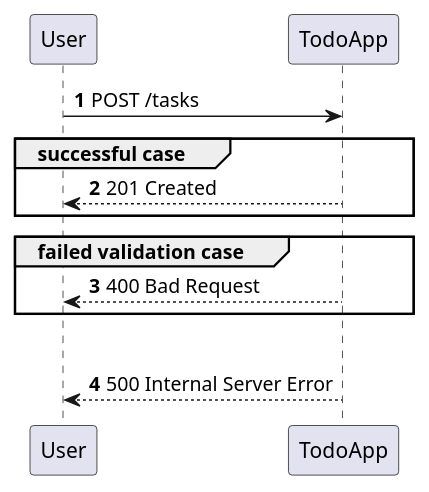
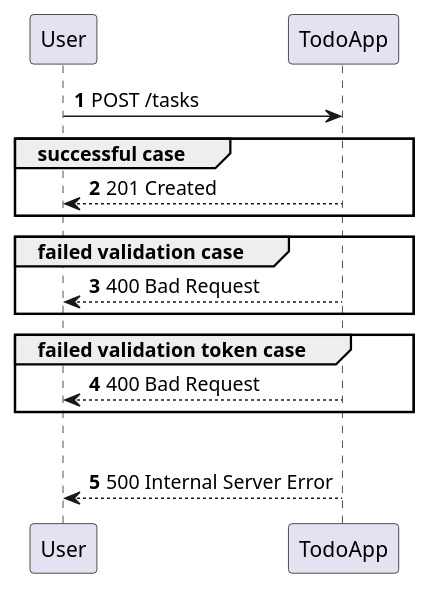
One commit to manabie-com/togo changed the diagram in design/task.create.hld.puml. Above: the diagram before and after it, drawn with PlantUML. The commit also changed 29 other files, not shown here.

```diff
--- a/design/task.create.hld.puml
+++ b/design/task.create.hld.puml
@@ -1,19 +1,23 @@
 @startuml
 'https://plantuml.com/sequence-diagram
 
 autonumber
 
 User -> TodoApp: POST /tasks
 
 group successful case
 User <-- TodoApp: 201 Created
 end
 
 group failed validation case
 User <-- TodoApp: 400 Bad Request
 end
 
+group failed validation token case
+User <-- TodoApp: 400 Bad Request
+end
+
 group other failure case
 User <-- TodoApp: 500 Internal Server Error
 
 @enduml
```
